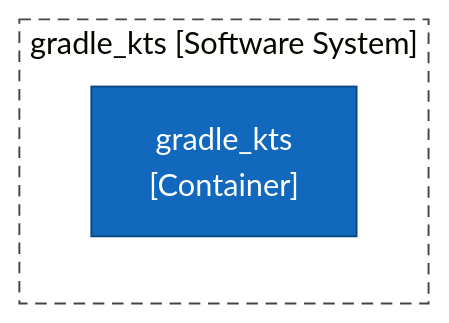
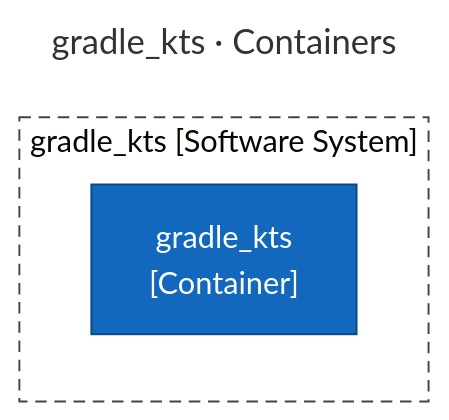
The first of 3 diagrams in tests/golden/gradle_kts/output/ArchitectureReport.md (ythalorossy/architecture-skills), drawn with Mermaid (base theme) before and after one commit. The commit also changed other lines of this file and 56 other files, not shown here.

First line of the commit message:
feat(c4): title every diagram and add one Key to the report

````diff
--- a/tests/golden/gradle_kts/output/ArchitectureReport.md
+++ b/tests/golden/gradle_kts/output/ArchitectureReport.md
@@ -27,14 +38,17 @@
 ```mermaid
+---
+title: "gradle_kts · Containers"
+---
 flowchart TB
     subgraph boundary["gradle_kts [Software System]"]
         gradle_kts["gradle_kts<br/>[Container]"]
     end
     classDef person fill:#08427b,stroke:#052e56,color:#ffffff
     classDef container fill:#1168bd,stroke:#0b4884,color:#ffffff
     classDef system fill:#1168bd,stroke:#0b4884,color:#ffffff
     classDef component fill:#85bbf0,stroke:#5d82a8,color:#000000
     classDef external fill:#999999,stroke:#6b6b6b,color:#ffffff
     classDef shared fill:#dbe9f6,stroke:#5d82a8,color:#000000,stroke-dasharray:4 3
     class gradle_kts container
     style boundary fill:none,stroke:#444444,stroke-dasharray:6 4
 ```
````
